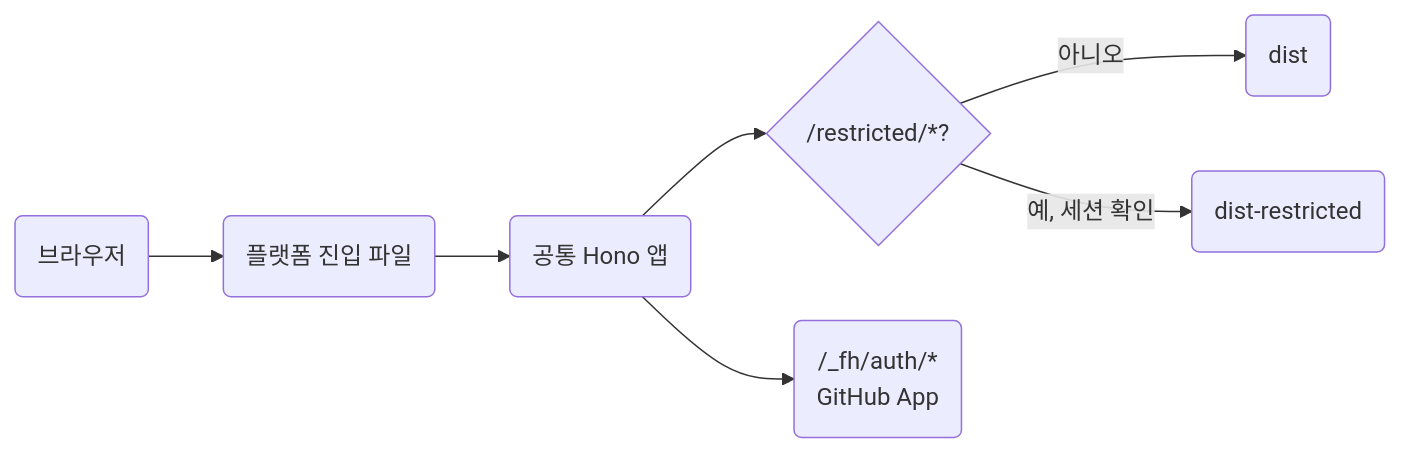
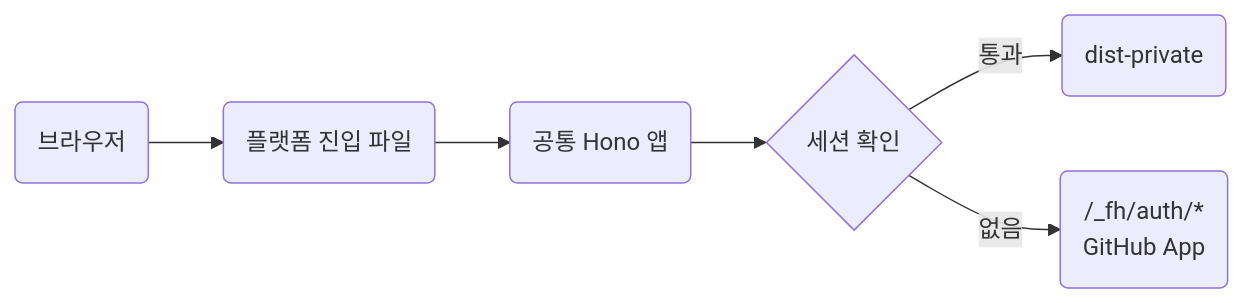
The diagram in content/private/server-design.md (nomeehej/for-humanity), drawn with Mermaid before and after one commit. The commit also changed other lines of this file and 2 other files, not shown here.

````diff
--- a/content/private/server-design.md
+++ b/content/private/server-design.md
@@ -164,9 +197,8 @@
 ```mermaid
 flowchart LR
     user("브라우저") --> entry("플랫폼 진입 파일")
     entry --> app("공통 Hono 앱")
-    app --> guard{"/restricted/*?"}
-    guard -- "아니오" --> pub("dist")
-    guard -- "예, 세션 확인" --> res("dist-restricted")
-    app --> auth("/_fh/auth/*<br>GitHub App")
+    app --> guard{"세션 확인"}
+    guard -- "통과" --> out("dist-private")
+    guard -- "없음" --> auth("/_fh/auth/*<br>GitHub App")
 ```
````
